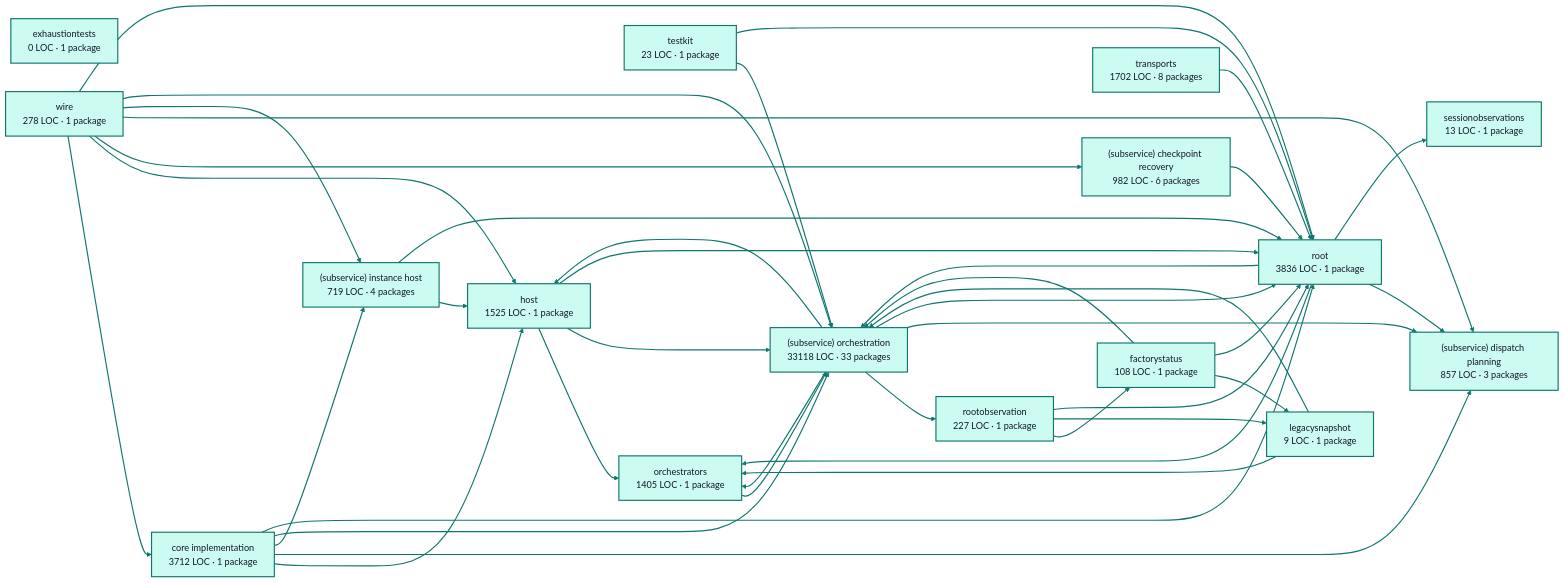
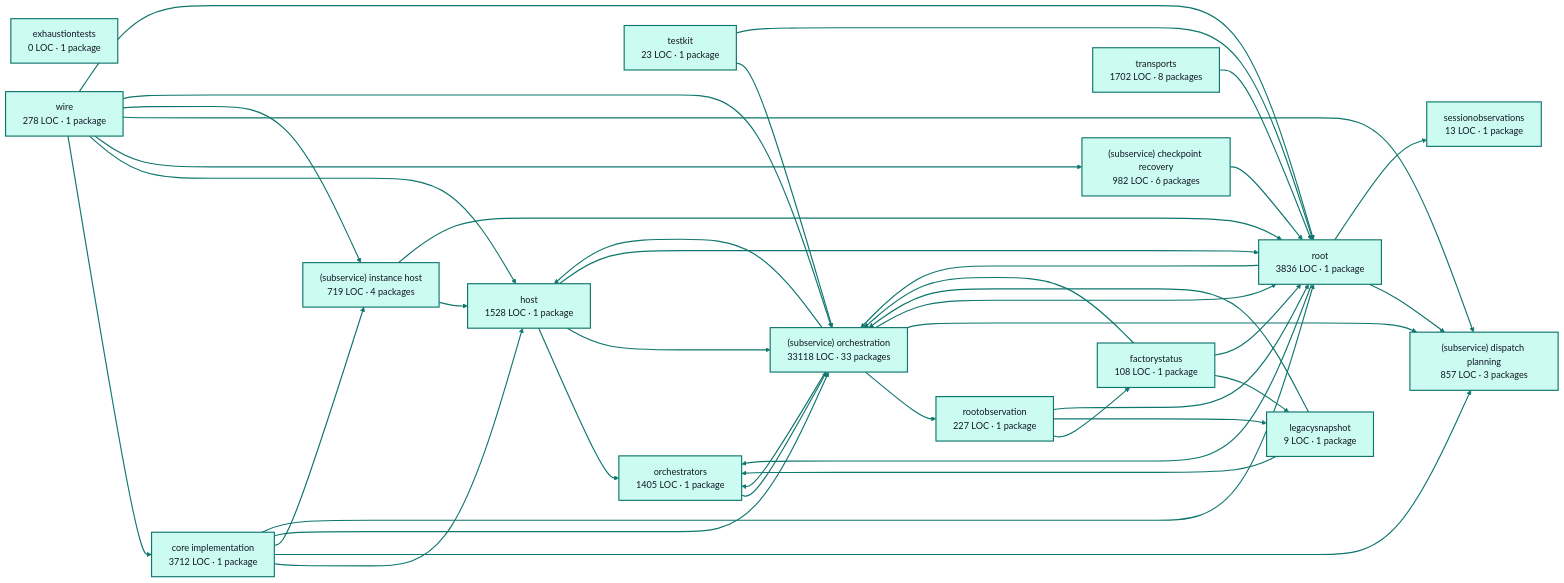
One commit to portpowered/you-agent-factory changed the diagram in docs/architecture/visualizations/services/factory_runtime.md. Above: the diagram before and after it, drawn with Mermaid. The commit also changed other lines of this file and 20 other files, not shown here.

Commit message:
docs: refresh backend architecture visualizations

````diff
--- a/docs/architecture/visualizations/services/factory_runtime.md
+++ b/docs/architecture/visualizations/services/factory_runtime.md
@@ -11,75 +11,75 @@
 ```mermaid
 flowchart LR
   p0["core implementation<br/>3712 LOC · 1 package"]
   p1["exhaustiontests<br/>0 LOC · 1 package"]
   p2["factorystatus<br/>108 LOC · 1 package"]
-  p3["host<br/>1525 LOC · 1 package"]
+  p3["host<br/>1528 LOC · 1 package"]
   p4["legacysnapshot<br/>9 LOC · 1 package"]
   p5["orchestrators<br/>1405 LOC · 1 package"]
   p6["rootobservation<br/>227 LOC · 1 package"]
   p7["(subservice) checkpoint recovery<br/>982 LOC · 6 packages"]
   p8["(subservice) dispatch planning<br/>857 LOC · 3 packages"]
   p9["(subservice) instance host<br/>719 LOC · 4 packages"]
   p10["(subservice) orchestration<br/>33118 LOC · 33 packages"]
   p11["sessionobservations<br/>13 LOC · 1 package"]
   p12["testkit<br/>23 LOC · 1 package"]
   p13["root<br/>3836 LOC · 1 package"]
   p14["transports<br/>1702 LOC · 8 packages"]
   p15["wire<br/>278 LOC · 1 package"]
   p0 --> p3
   p0 --> p8
   p0 --> p9
   p0 --> p10
   p0 --> p13
   p2 --> p4
   p2 --> p10
   p2 --> p13
   p3 --> p5
   p3 --> p10
   p3 --> p13
   p4 --> p5
   p4 --> p10
   p5 --> p10
   p6 --> p2
   p6 --> p4
   p6 --> p13
   p7 --> p13
   p9 --> p3
   p9 --> p13
   p10 --> p3
   p10 --> p5
   p10 --> p6
   p10 --> p8
   p10 --> p13
   p12 --> p10
   p12 --> p13
   p13 --> p5
   p13 --> p8
   p13 --> p10
   p13 --> p11
   p14 --> p13
   p15 --> p0
   p15 --> p3
   p15 --> p7
   p15 --> p8
   p15 --> p9
   p15 --> p10
   p15 --> p13
   style p0 fill:#ccfbf1,stroke:#0f766e,stroke-width:2px,color:#111827
   style p1 fill:#ccfbf1,stroke:#0f766e,stroke-width:2px,color:#111827
   style p2 fill:#ccfbf1,stroke:#0f766e,stroke-width:2px,color:#111827
   style p3 fill:#ccfbf1,stroke:#0f766e,stroke-width:2px,color:#111827
   style p4 fill:#ccfbf1,stroke:#0f766e,stroke-width:2px,color:#111827
   style p5 fill:#ccfbf1,stroke:#0f766e,stroke-width:2px,color:#111827
   style p6 fill:#ccfbf1,stroke:#0f766e,stroke-width:2px,color:#111827
   style p7 fill:#ccfbf1,stroke:#0f766e,stroke-width:2px,color:#111827
   style p8 fill:#ccfbf1,stroke:#0f766e,stroke-width:2px,color:#111827
   style p9 fill:#ccfbf1,stroke:#0f766e,stroke-width:2px,color:#111827
   style p10 fill:#ccfbf1,stroke:#0f766e,stroke-width:2px,color:#111827
   style p11 fill:#ccfbf1,stroke:#0f766e,stroke-width:2px,color:#111827
   style p12 fill:#ccfbf1,stroke:#0f766e,stroke-width:2px,color:#111827
   style p13 fill:#ccfbf1,stroke:#0f766e,stroke-width:2px,color:#111827
   style p14 fill:#ccfbf1,stroke:#0f766e,stroke-width:2px,color:#111827
   style p15 fill:#ccfbf1,stroke:#0f766e,stroke-width:2px,color:#111827
   linkStyle default stroke:#0f766e,stroke-width:2px
 ```
````
